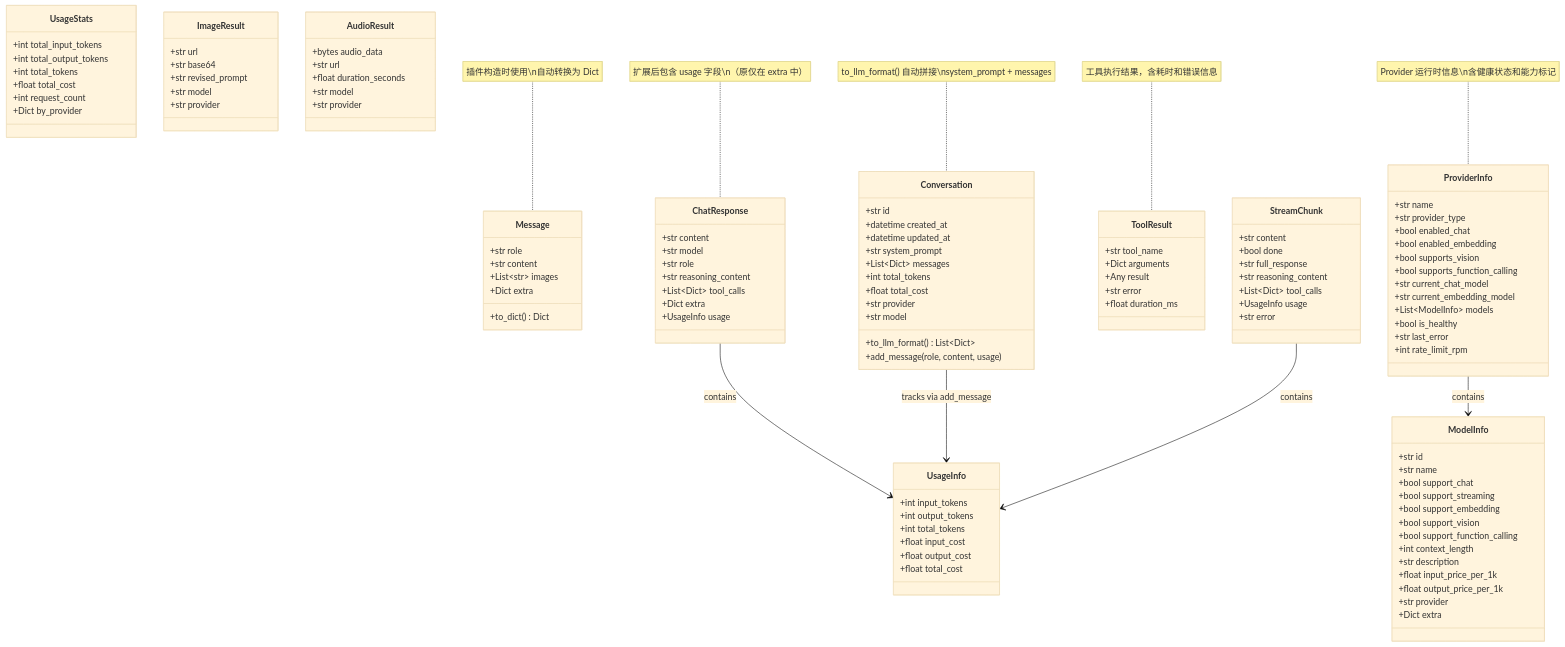
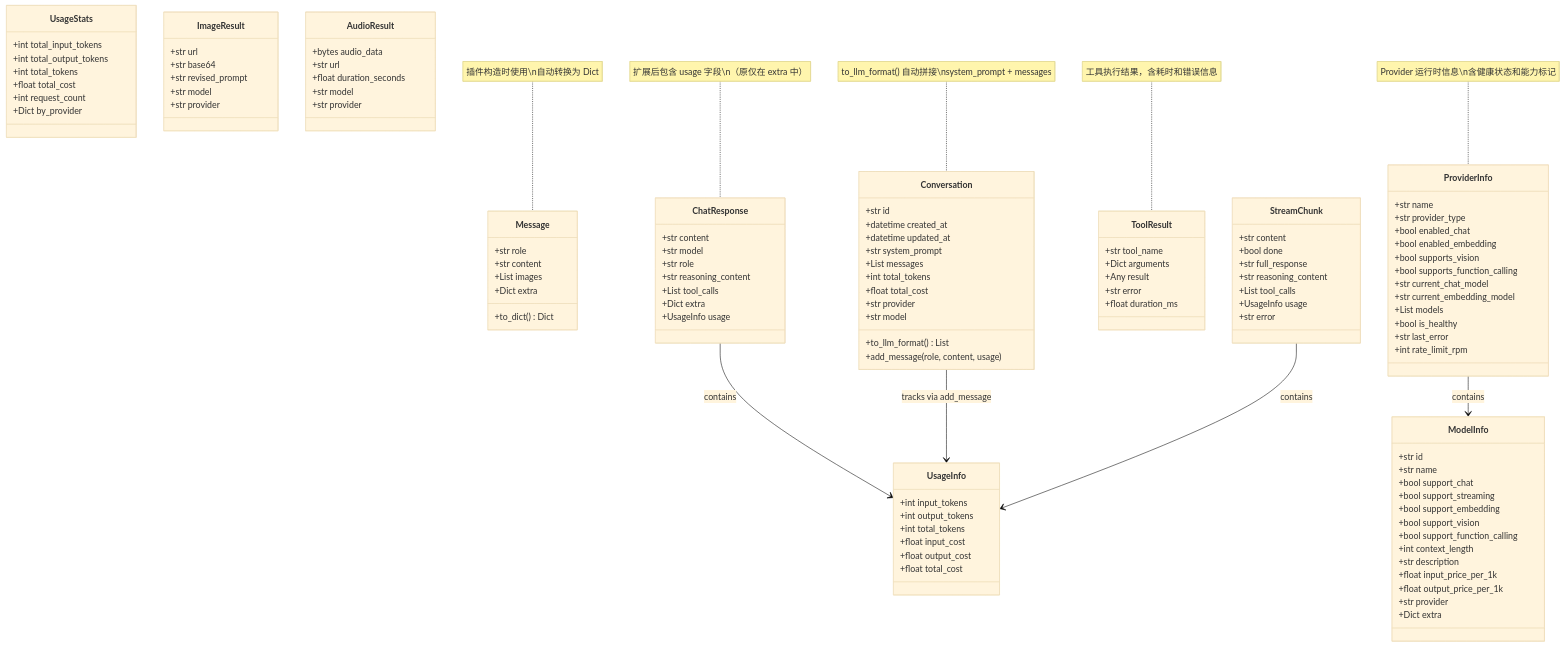
One commit to KKPIP-Tech/InstructionX changed the first of 8 diagrams in docs/core/llm-provider/api-reference.md. Above: the diagram before and after it, drawn with Mermaid (base theme). The commit also changed other lines of this file and 5 other files, not shown here.

First line of the commit message:
docs: 标准化文档 Mermaid 图表格式（移除 HTML 换行符、统一标签语法）

```diff
--- a/docs/core/llm-provider/api-reference.md
+++ b/docs/core/llm-provider/api-reference.md
@@ -132,7 +132,7 @@
     class Message {
         +str role
         +str content
-        +List~str~ images
+        +List images
         +Dict extra
         +to_dict() Dict
     }
@@ -142,7 +142,7 @@
         +str model
         +str role
         +str reasoning_content
-        +List~Dict~ tool_calls
+        +List tool_calls
         +Dict extra
         +UsageInfo usage
     }
@@ -161,12 +161,12 @@
         +datetime created_at
         +datetime updated_at
         +str system_prompt
-        +List~Dict~ messages
+        +List messages
         +int total_tokens
         +float total_cost
         +str provider
         +str model
-        +to_llm_format() List~Dict~
+        +to_llm_format() List
         +add_message(role, content, usage)
     }
 
@@ -208,7 +208,7 @@
         +bool done
         +str full_response
         +str reasoning_content
-        +List~Dict~ tool_calls
+        +List tool_calls
         +UsageInfo usage
         +str error
     }
@@ -222,7 +222,7 @@
         +bool supports_function_calling
         +str current_chat_model
         +str current_embedding_model
-        +List~ModelInfo~ models
+        +List models
         +bool is_healthy
         +str last_error
         +int rate_limit_rpm
```
